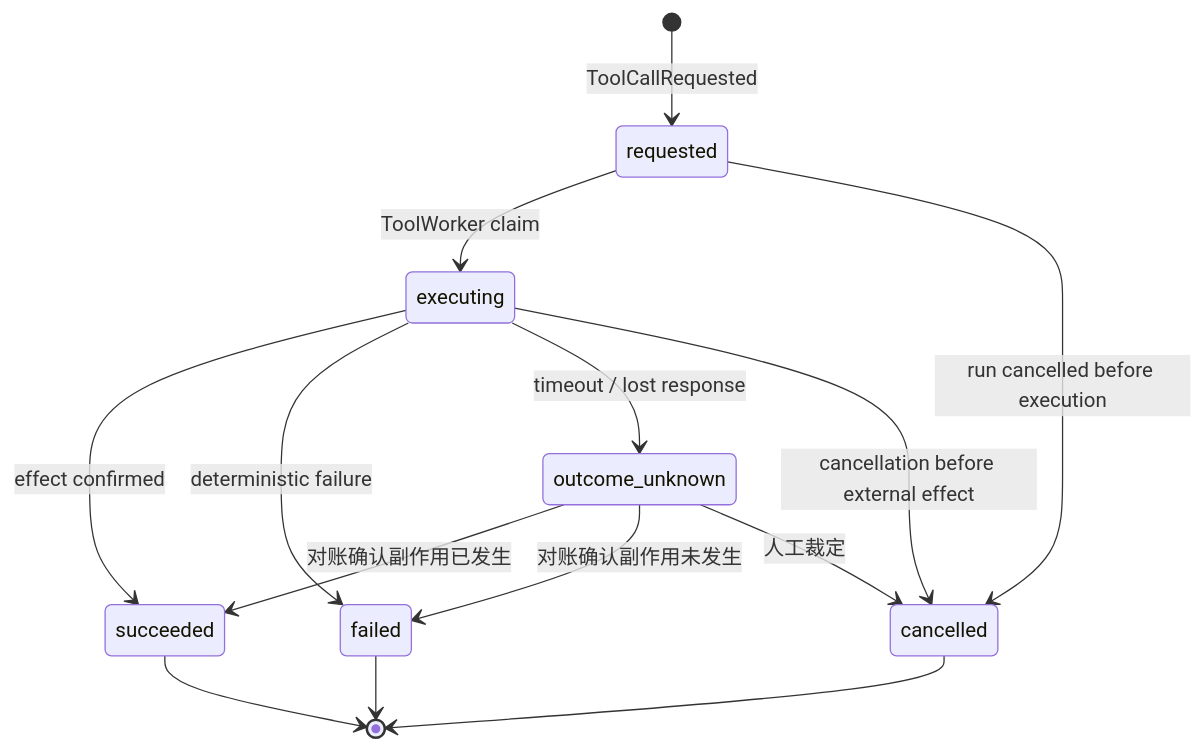
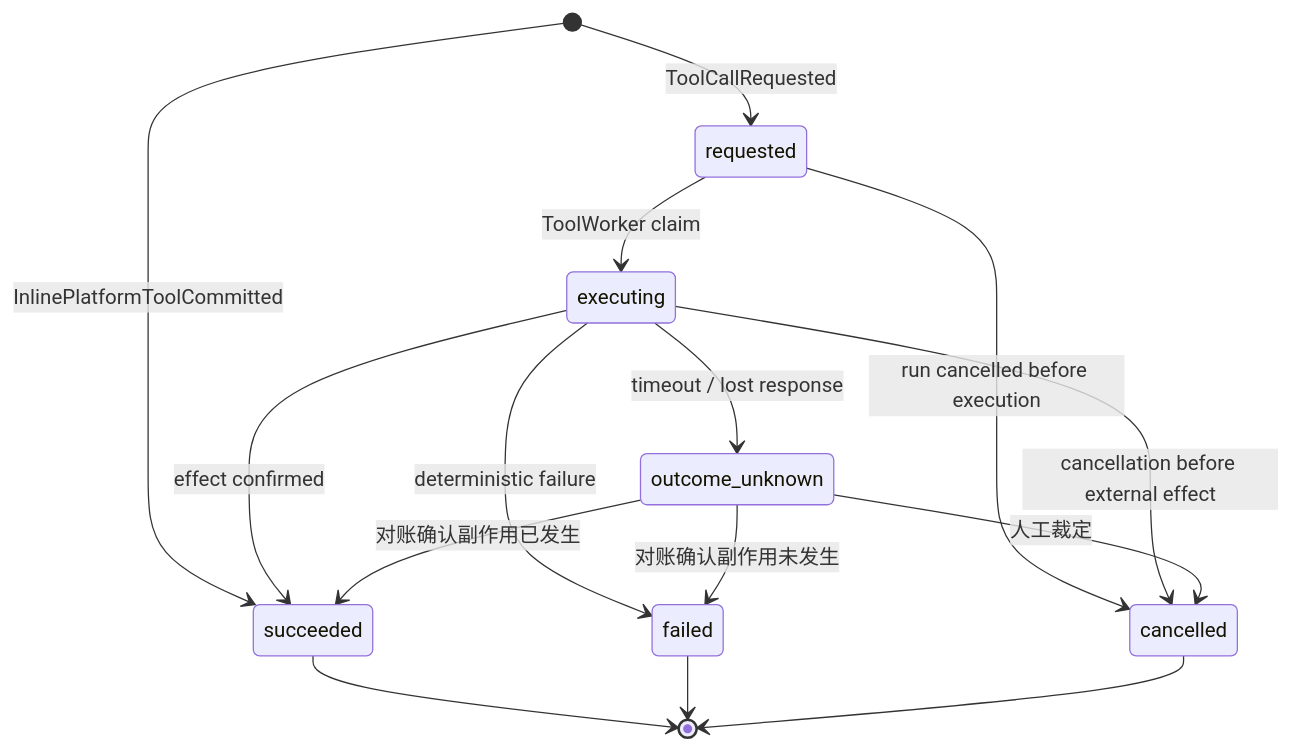
One commit to erweixin/langshift.dev changed the second of 3 diagrams in docs/state-machines.md. Above: the diagram before and after it, drawn with Mermaid. The commit also changed other lines of this file and 10 other files, not shown here.

````diff
--- a/docs/state-machines.md
+++ b/docs/state-machines.md
@@ -100,16 +102,17 @@
 ```mermaid
 stateDiagram-v2
   [*] --> requested: ToolCallRequested
+  [*] --> succeeded: InlinePlatformToolCommitted
   requested --> executing: ToolWorker claim
   requested --> cancelled: run cancelled before execution
   executing --> succeeded: effect confirmed
   executing --> failed: deterministic failure
   executing --> outcome_unknown: timeout / lost response
   executing --> cancelled: cancellation before external effect
   outcome_unknown --> succeeded: 对账确认副作用已发生
   outcome_unknown --> failed: 对账确认副作用未发生
   outcome_unknown --> cancelled: 人工裁定
   succeeded --> [*]
   failed --> [*]
   cancelled --> [*]
 ```
````
